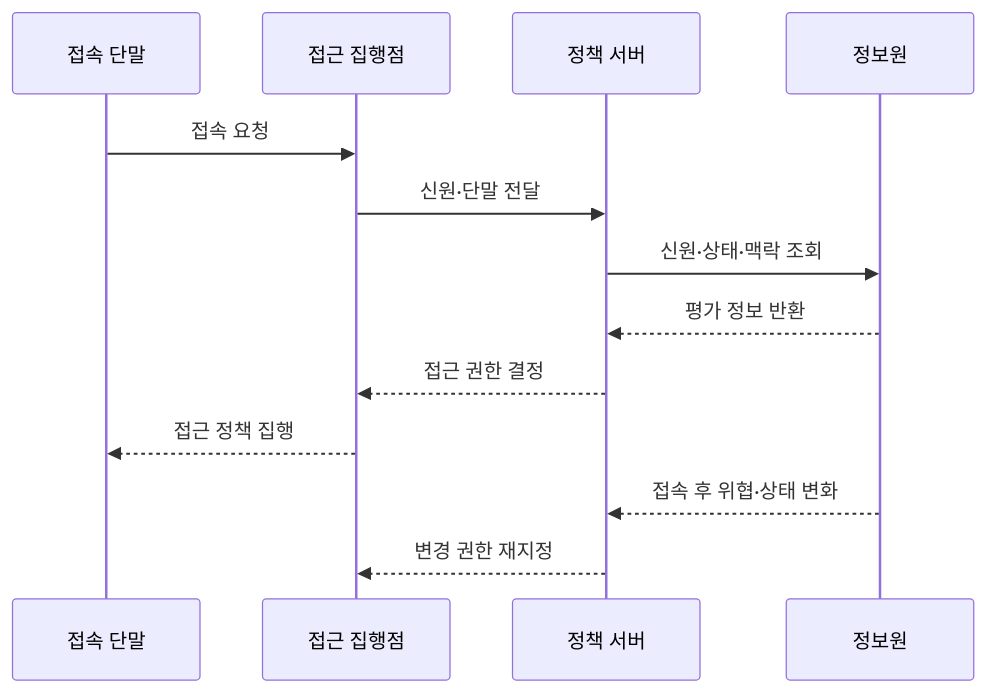
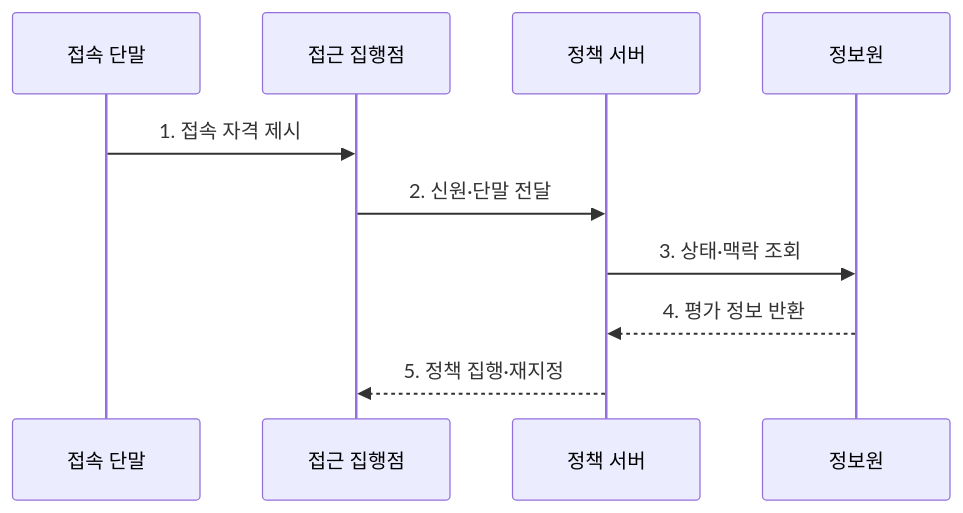
One commit to agnusdei1207/knowledge-base changed the second of 2 diagrams in src/content/docs/notes/04-network/114_network_access_control.md. Above: the diagram before and after it, drawn with Mermaid. The commit also changed other lines of this file and 9 other files, not shown here.

````diff
--- a/src/content/docs/notes/04-network/114_network_access_control.md
+++ b/src/content/docs/notes/04-network/114_network_access_control.md
@@ -79,15 +79,12 @@
 ```mermaid
 sequenceDiagram
   participant E as 접속 단말
   participant P as 접근 집행점
   participant S as 정책 서버
   participant I as 정보원
-  E->>P: 접속 요청
-  P->>S: 신원·단말 전달
-  S->>I: 신원·상태·맥락 조회
-  I-->>S: 평가 정보 반환
-  S-->>P: 접근 권한 결정
-  P-->>E: 접근 정책 집행
-  I-->>S: 접속 후 위협·상태 변화
-  S-->>P: 변경 권한 재지정
+  E->>P: 1. 접속 자격 제시
+  P->>S: 2. 신원·단말 전달
+  S->>I: 3. 상태·맥락 조회
+  I-->>S: 4. 평가 정보 반환
+  S-->>P: 5. 정책 집행·재지정
 ```
````
